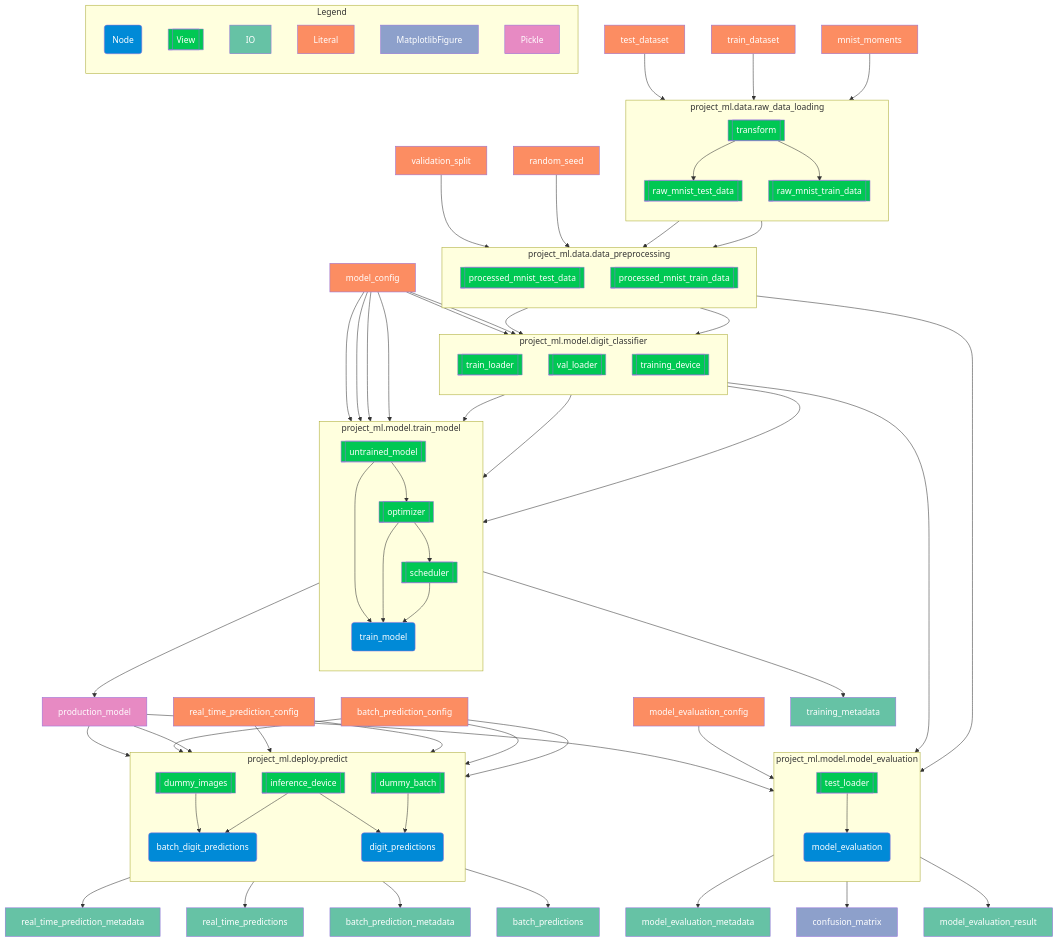
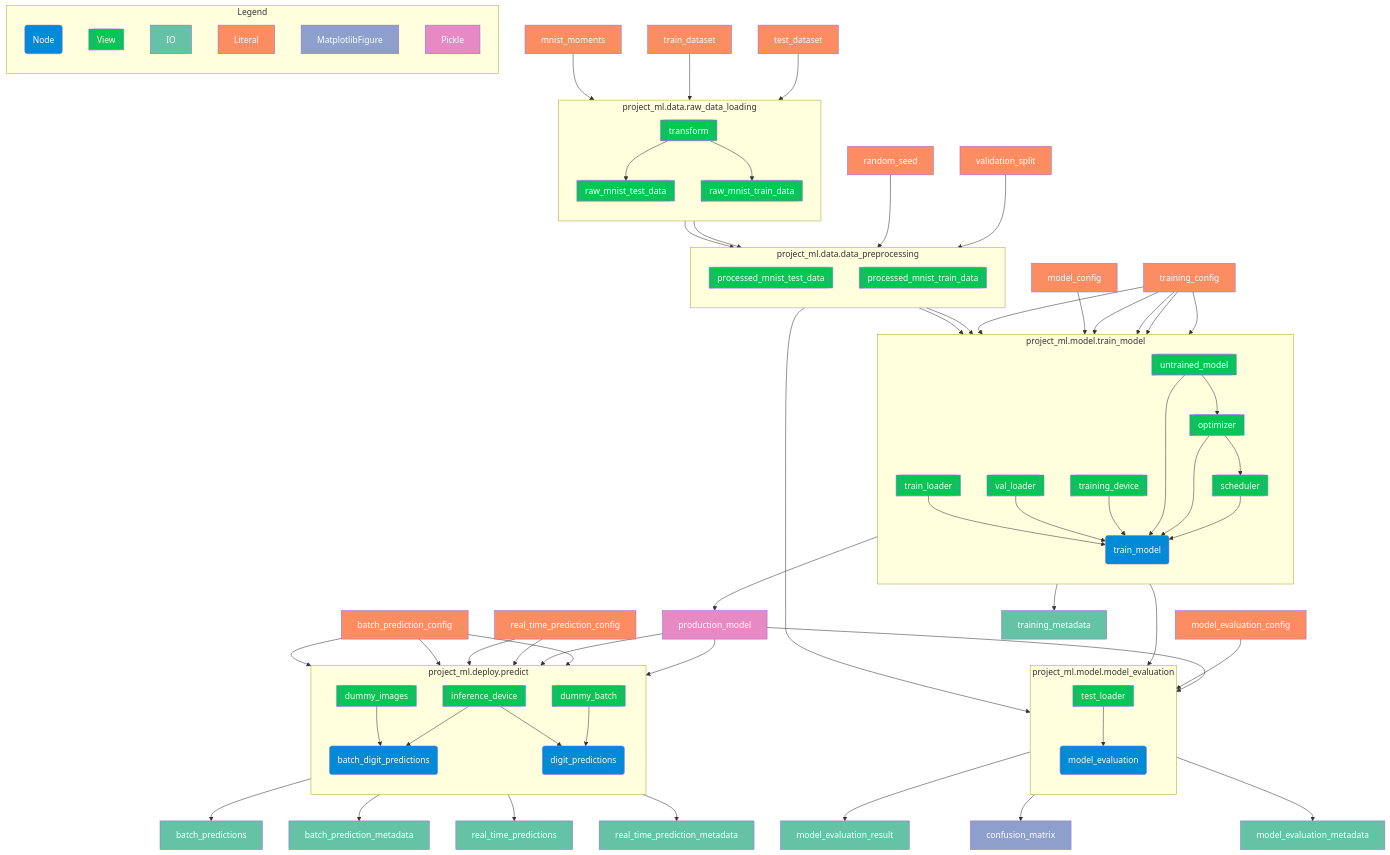
Before and after one commit to ing-bank/ordeq: the diagram in examples/project-ml/pipeline_diagram.mermaid, drawn with Mermaid. The commit also changed 5 other files, not shown here.

```diff
--- a/examples/project-ml/pipeline_diagram.mermaid
+++ b/examples/project-ml/pipeline_diagram.mermaid
@@ -1,131 +1,129 @@
 graph TB
 	subgraph legend["Legend"]
 		direction TB
 		L0@{shape: rounded, label: "Node"}
 		L2@{shape: subroutine, label: "View"}
 		L00@{shape: rect, label: "IO"}
 		L01@{shape: rect, label: "Literal"}
 		L02@{shape: rect, label: "MatplotlibFigure"}
 		L03@{shape: rect, label: "Pickle"}
 	end
 
 	project_ml.data.raw_data_loading:raw_mnist_test_data --> project_ml.data.data_preprocessing:processed_mnist_test_data
 	project_ml.data.raw_data_loading:raw_mnist_train_data --> project_ml.data.data_preprocessing:processed_mnist_train_data
 	IO0 --> project_ml.data.data_preprocessing:processed_mnist_train_data
 	IO1 --> project_ml.data.data_preprocessing:processed_mnist_train_data
 	IO2 --> project_ml.data.raw_data_loading:raw_mnist_test_data
 	project_ml.data.raw_data_loading:transform --> project_ml.data.raw_data_loading:raw_mnist_test_data
 	IO3 --> project_ml.data.raw_data_loading:raw_mnist_train_data
 	project_ml.data.raw_data_loading:transform --> project_ml.data.raw_data_loading:raw_mnist_train_data
 	IO4 --> project_ml.data.raw_data_loading:transform
 	project_ml.deploy.predict:dummy_images --> project_ml.deploy.predict:batch_digit_predictions
 	IO5 --> project_ml.deploy.predict:batch_digit_predictions
 	IO6 --> project_ml.deploy.predict:batch_digit_predictions
 	project_ml.deploy.predict:inference_device --> project_ml.deploy.predict:batch_digit_predictions
 	project_ml.deploy.predict:batch_digit_predictions --> IO7
 	project_ml.deploy.predict:batch_digit_predictions --> IO8
 	project_ml.deploy.predict:dummy_batch --> project_ml.deploy.predict:digit_predictions
 	IO5 --> project_ml.deploy.predict:digit_predictions
 	IO9 --> project_ml.deploy.predict:digit_predictions
 	project_ml.deploy.predict:inference_device --> project_ml.deploy.predict:digit_predictions
 	project_ml.deploy.predict:digit_predictions --> IO10
 	project_ml.deploy.predict:digit_predictions --> IO11
 	IO9 --> project_ml.deploy.predict:dummy_batch
 	IO6 --> project_ml.deploy.predict:dummy_images
 	IO6 --> project_ml.deploy.predict:inference_device
-	project_ml.data.data_preprocessing:processed_mnist_train_data --> project_ml.model.digit_classifier:train_loader
-	IO12 --> project_ml.model.digit_classifier:train_loader
-	project_ml.data.data_preprocessing:processed_mnist_train_data --> project_ml.model.digit_classifier:val_loader
-	IO12 --> project_ml.model.digit_classifier:val_loader
 	IO5 --> project_ml.model.model_evaluation:model_evaluation
 	project_ml.model.model_evaluation:test_loader --> project_ml.model.model_evaluation:model_evaluation
-	project_ml.model.digit_classifier:training_device --> project_ml.model.model_evaluation:model_evaluation
+	project_ml.model.train_model:training_device --> project_ml.model.model_evaluation:model_evaluation
+	project_ml.model.model_evaluation:model_evaluation --> IO12
 	project_ml.model.model_evaluation:model_evaluation --> IO13
 	project_ml.model.model_evaluation:model_evaluation --> IO14
-	project_ml.model.model_evaluation:model_evaluation --> IO15
 	project_ml.data.data_preprocessing:processed_mnist_test_data --> project_ml.model.model_evaluation:test_loader
-	IO16 --> project_ml.model.model_evaluation:test_loader
-	IO12 --> project_ml.model.train_model:optimizer
+	IO15 --> project_ml.model.model_evaluation:test_loader
+	IO16 --> project_ml.model.train_model:optimizer
 	project_ml.model.train_model:untrained_model --> project_ml.model.train_model:optimizer
-	IO12 --> project_ml.model.train_model:scheduler
+	IO16 --> project_ml.model.train_model:scheduler
 	project_ml.model.train_model:optimizer --> project_ml.model.train_model:scheduler
-	project_ml.model.digit_classifier:train_loader --> project_ml.model.train_model:train_model
-	project_ml.model.digit_classifier:val_loader --> project_ml.model.train_model:train_model
-	IO12 --> project_ml.model.train_model:train_model
-	project_ml.model.digit_classifier:training_device --> project_ml.model.train_model:train_model
+	project_ml.data.data_preprocessing:processed_mnist_train_data --> project_ml.model.train_model:train_loader
+	IO16 --> project_ml.model.train_model:train_loader
+	project_ml.model.train_model:train_loader --> project_ml.model.train_model:train_model
+	project_ml.model.train_model:val_loader --> project_ml.model.train_model:train_model
+	IO16 --> project_ml.model.train_model:train_model
+	project_ml.model.train_model:training_device --> project_ml.model.train_model:train_model
 	project_ml.model.train_model:untrained_model --> project_ml.model.train_model:train_model
 	project_ml.model.train_model:optimizer --> project_ml.model.train_model:train_model
 	project_ml.model.train_model:scheduler --> project_ml.model.train_model:train_model
 	project_ml.model.train_model:train_model --> IO5
 	project_ml.model.train_model:train_model --> IO17
-	IO12 --> project_ml.model.train_model:untrained_model
+	IO18 --> project_ml.model.train_model:untrained_model
+	project_ml.data.data_preprocessing:processed_mnist_train_data --> project_ml.model.train_model:val_loader
+	IO16 --> project_ml.model.train_model:val_loader
 
 	subgraph s0["project_ml.data.data_preprocessing"]
 		direction TB
 		project_ml.data.data_preprocessing:processed_mnist_test_data@{shape: subroutine, label: "processed_mnist_test_data"}
 		project_ml.data.data_preprocessing:processed_mnist_train_data@{shape: subroutine, label: "processed_mnist_train_data"}
 	end
 	subgraph s1["project_ml.data.raw_data_loading"]
 		direction TB
 		project_ml.data.raw_data_loading:raw_mnist_test_data@{shape: subroutine, label: "raw_mnist_test_data"}
 		project_ml.data.raw_data_loading:raw_mnist_train_data@{shape: subroutine, label: "raw_mnist_train_data"}
 		project_ml.data.raw_data_loading:transform@{shape: subroutine, label: "transform"}
 	end
 	subgraph s2["project_ml.deploy.predict"]
 		direction TB
 		project_ml.deploy.predict:batch_digit_predictions@{shape: rounded, label: "batch_digit_predictions"}
 		project_ml.deploy.predict:digit_predictions@{shape: rounded, label: "digit_predictions"}
 		project_ml.deploy.predict:dummy_batch@{shape: subroutine, label: "dummy_batch"}
 		project_ml.deploy.predict:dummy_images@{shape: subroutine, label: "dummy_images"}
 		project_ml.deploy.predict:inference_device@{shape: subroutine, label: "inference_device"}
 	end
-	subgraph s3["project_ml.model.digit_classifier"]
-		direction TB
-		project_ml.model.digit_classifier:train_loader@{shape: subroutine, label: "train_loader"}
-		project_ml.model.digit_classifier:training_device@{shape: subroutine, label: "training_device"}
-		project_ml.model.digit_classifier:val_loader@{shape: subroutine, label: "val_loader"}
-	end
-	subgraph s4["project_ml.model.model_evaluation"]
+	subgraph s3["project_ml.model.model_evaluation"]
 		direction TB
 		project_ml.model.model_evaluation:model_evaluation@{shape: rounded, label: "model_evaluation"}
 		project_ml.model.model_evaluation:test_loader@{shape: subroutine, label: "test_loader"}
 	end
-	subgraph s5["project_ml.model.train_model"]
+	subgraph s4["project_ml.model.train_model"]
 		direction TB
 		project_ml.model.train_model:optimizer@{shape: subroutine, label: "optimizer"}
 		project_ml.model.train_model:scheduler@{shape: subroutine, label: "scheduler"}
+		project_ml.model.train_model:train_loader@{shape: subroutine, label: "train_loader"}
 		project_ml.model.train_model:train_model@{shape: rounded, label: "train_model"}
+		project_ml.model.train_model:training_device@{shape: subroutine, label: "training_device"}
 		project_ml.model.train_model:untrained_model@{shape: subroutine, label: "untrained_model"}
+		project_ml.model.train_model:val_loader@{shape: subroutine, label: "val_loader"}
 	end
 	IO0@{shape: rect, label: "validation_split"}
 	IO1@{shape: rect, label: "random_seed"}
 	IO10@{shape: rect, label: "real_time_predictions"}
 	IO11@{shape: rect, label: "real_time_prediction_metadata"}
-	IO12@{shape: rect, label: "model_config"}
-	IO13@{shape: rect, label: "model_evaluation_result"}
-	IO14@{shape: rect, label: "confusion_matrix"}
-	IO15@{shape: rect, label: "model_evaluation_metadata"}
-	IO16@{shape: rect, label: "model_evaluation_config"}
+	IO12@{shape: rect, label: "model_evaluation_result"}
+	IO13@{shape: rect, label: "confusion_matrix"}
+	IO14@{shape: rect, label: "model_evaluation_metadata"}
+	IO15@{shape: rect, label: "model_evaluation_config"}
+	IO16@{shape: rect, label: "training_config"}
 	IO17@{shape: rect, label: "training_metadata"}
+	IO18@{shape: rect, label: "model_config"}
 	IO2@{shape: rect, label: "test_dataset"}
 	IO3@{shape: rect, label: "train_dataset"}
 	IO4@{shape: rect, label: "mnist_moments"}
 	IO5@{shape: rect, label: "production_model"}
 	IO6@{shape: rect, label: "batch_prediction_config"}
 	IO7@{shape: rect, label: "batch_predictions"}
 	IO8@{shape: rect, label: "batch_prediction_metadata"}
 	IO9@{shape: rect, label: "real_time_prediction_config"}
 
 	class L0,project_ml.deploy.predict:batch_digit_predictions,project_ml.deploy.predict:digit_predictions,project_ml.model.model_evaluation:model_evaluation,project_ml.model.train_model:train_model node
-	class L2,project_ml.data.data_preprocessing:processed_mnist_test_data,project_ml.data.data_preprocessing:processed_mnist_train_data,project_ml.data.raw_data_loading:raw_mnist_test_data,project_ml.data.raw_data_loading:raw_mnist_train_data,project_ml.data.raw_data_loading:transform,project_ml.deploy.predict:dummy_batch,project_ml.deploy.predict:dummy_images,project_ml.deploy.predict:inference_device,project_ml.model.digit_classifier:train_loader,project_ml.model.digit_classifier:training_device,project_ml.model.digit_classifier:val_loader,project_ml.model.model_evaluation:test_loader,project_ml.model.train_model:optimizer,project_ml.model.train_model:scheduler,project_ml.model.train_model:untrained_model view
-	class L00,IO10,IO11,IO13,IO15,IO17,IO7,IO8 io0
-	class L01,IO0,IO1,IO12,IO16,IO2,IO3,IO4,IO6,IO9 io1
-	class L02,IO14 io2
+	class L2,project_ml.data.data_preprocessing:processed_mnist_test_data,project_ml.data.data_preprocessing:processed_mnist_train_data,project_ml.data.raw_data_loading:raw_mnist_test_data,project_ml.data.raw_data_loading:raw_mnist_train_data,project_ml.data.raw_data_loading:transform,project_ml.deploy.predict:dummy_batch,project_ml.deploy.predict:dummy_images,project_ml.deploy.predict:inference_device,project_ml.model.model_evaluation:test_loader,project_ml.model.train_model:optimizer,project_ml.model.train_model:scheduler,project_ml.model.train_model:train_loader,project_ml.model.train_model:training_device,project_ml.model.train_model:untrained_model,project_ml.model.train_model:val_loader view
+	class L00,IO10,IO11,IO12,IO14,IO17,IO7,IO8 io0
+	class L01,IO0,IO1,IO15,IO16,IO18,IO2,IO3,IO4,IO6,IO9 io1
+	class L02,IO13 io2
 	class L03,IO5 io3
 	classDef node fill:#008AD7,color:#FFF
 	classDef io fill:#FFD43B
 	classDef view fill:#00C853,color:#FFF
 	classDef io0 fill:#66c2a5
 	classDef io1 fill:#fc8d62
 	classDef io2 fill:#8da0cb
 	classDef io3 fill:#e78ac3
```
